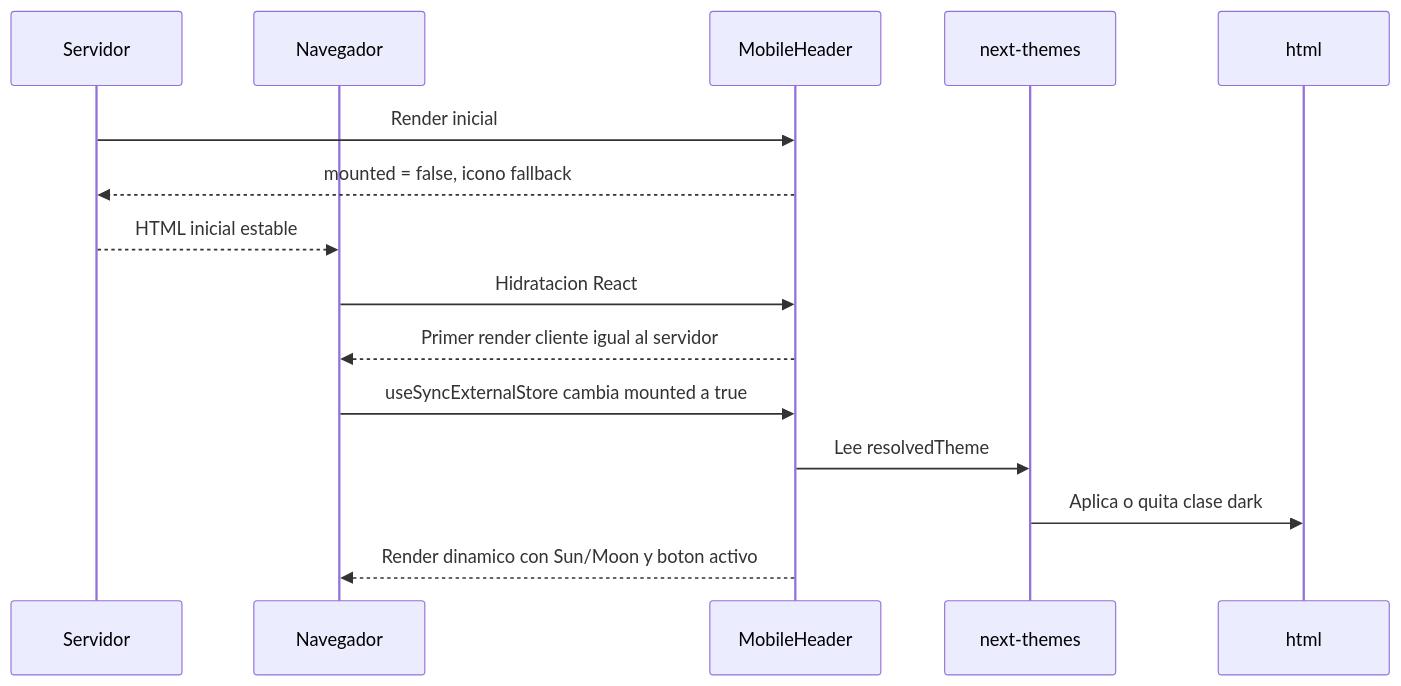
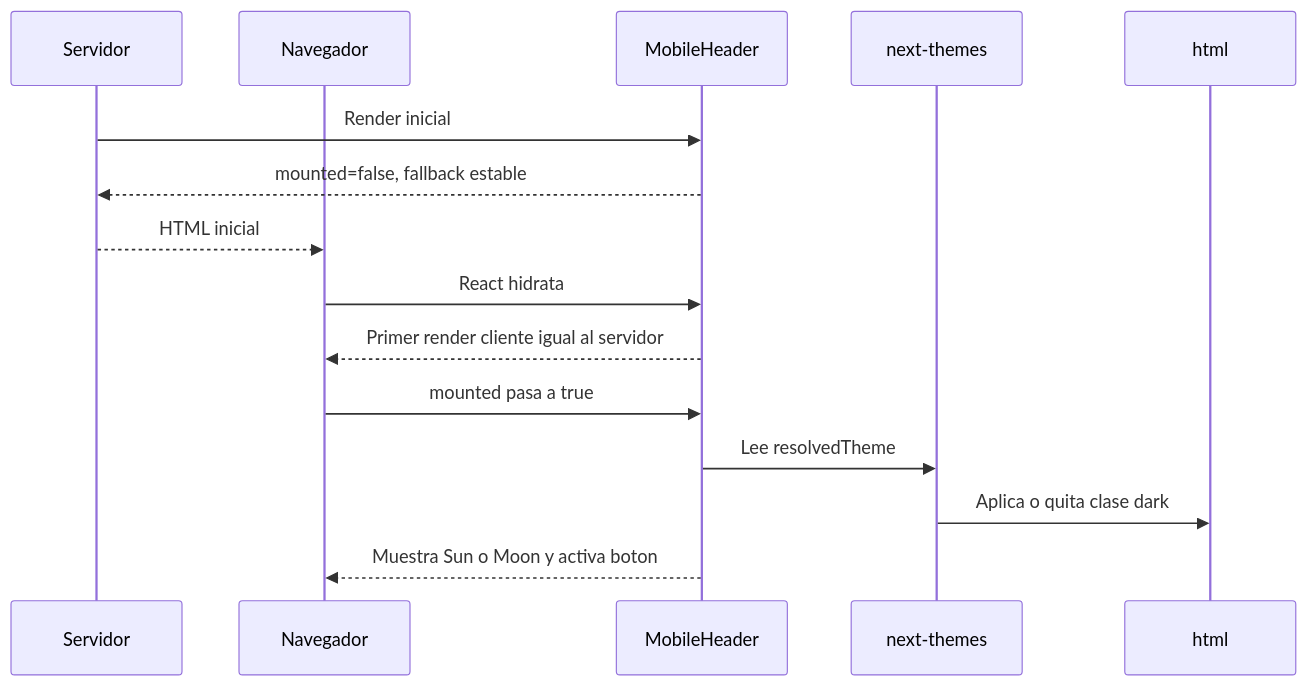
Before and after one commit to BrandonAlbertt/ecommerce-sosaimpor-frontend: the second of 5 diagrams in documentacion/GUIA_HIDRATACION_TEMA_MOBILEHEADER.md, drawn with Mermaid. The commit also changed other lines of this file and 1 other file, not shown here.

````diff
--- a/documentacion/GUIA_HIDRATACION_TEMA_MOBILEHEADER.md
+++ b/documentacion/GUIA_HIDRATACION_TEMA_MOBILEHEADER.md
@@ -34,19 +75,19 @@
 ```mermaid
 sequenceDiagram
   participant SSR as Servidor
   participant Browser as Navegador
   participant Header as MobileHeader
-  participant Themes as next-themes
+  participant Theme as next-themes
   participant Html as html
 
   SSR->>Header: Render inicial
-  Header-->>SSR: mounted = false, icono fallback
-  SSR-->>Browser: HTML inicial estable
+  Header-->>SSR: mounted=false, fallback estable
+  SSR-->>Browser: HTML inicial
 
-  Browser->>Header: Hidratacion React
+  Browser->>Header: React hidrata
   Header-->>Browser: Primer render cliente igual al servidor
-  Browser->>Header: useSyncExternalStore cambia mounted a true
-  Header->>Themes: Lee resolvedTheme
-  Themes->>Html: Aplica o quita clase dark
-  Header-->>Browser: Render dinamico con Sun/Moon y boton activo
+  Browser->>Header: mounted pasa a true
+  Header->>Theme: Lee resolvedTheme
+  Theme->>Html: Aplica o quita clase dark
+  Header-->>Browser: Muestra Sun o Moon y activa boton
 ```
````
